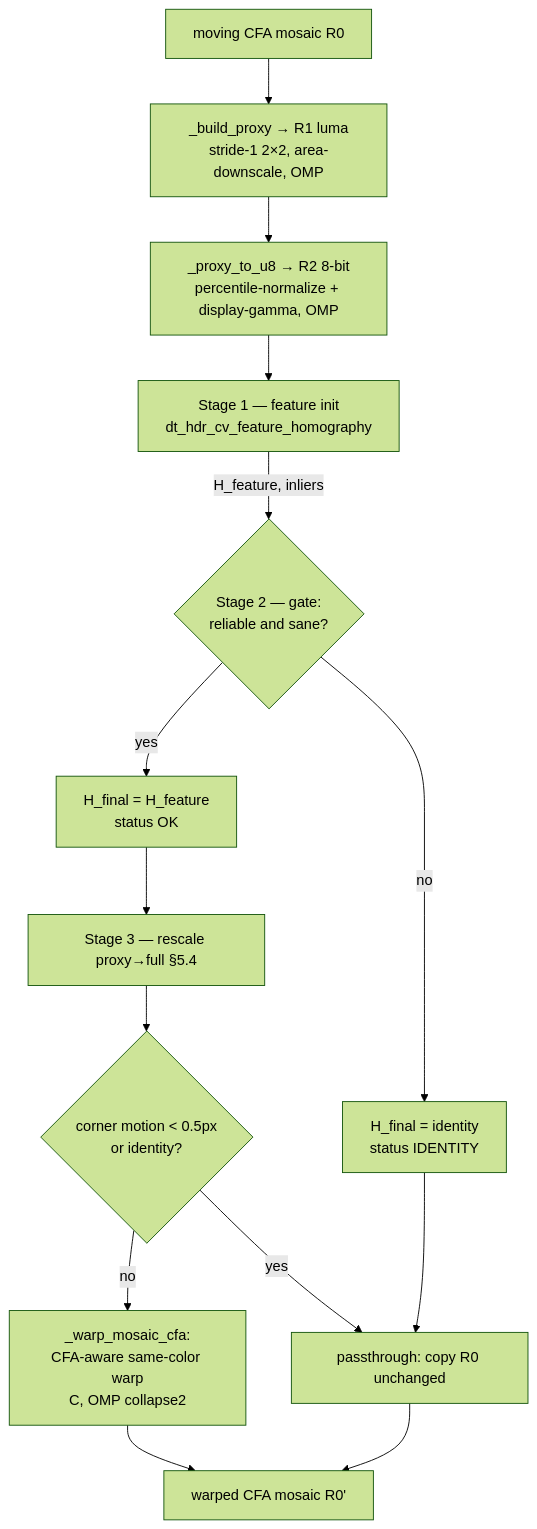
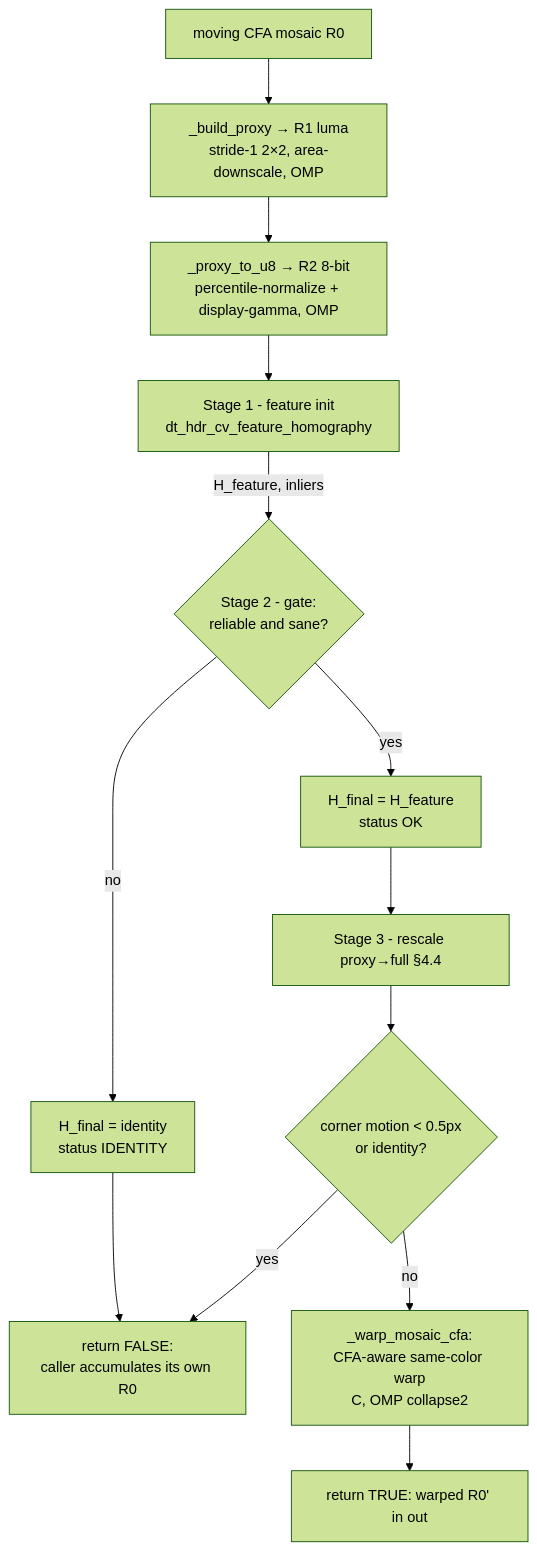
One commit to darktable-org/darktable changed the third of 6 diagrams in dev-doc/HDR_Alignment_Design.md. Above: the diagram before and after it, drawn with Mermaid (forest theme). The commit also changed other lines of this file and 5 other files, not shown here.

````diff
--- a/dev-doc/HDR_Alignment_Design.md
+++ b/dev-doc/HDR_Alignment_Design.md
@@ -209,16 +214,15 @@
 ```mermaid
 flowchart TD
     A[moving CFA mosaic R0] --> B[_build_proxy → R1 luma<br/>stride-1 2×2, area-downscale, OMP]
     B --> C[_proxy_to_u8 → R2 8-bit<br/>percentile-normalize + display-gamma, OMP]
-    C --> D[Stage 1 — feature init<br/>dt_hdr_cv_feature_homography]
-    D -- H_feature, inliers --> F{Stage 2 — gate:<br/>reliable and sane?}
+    C --> D[Stage 1 - feature init<br/>dt_hdr_cv_feature_homography]
+    D -- H_feature, inliers --> F{Stage 2 - gate:<br/>reliable and sane?}
     F -- yes --> H[H_final = H_feature<br/>status OK]
     F -- no --> J[H_final = identity<br/>status IDENTITY]
-    H --> K[Stage 3 — rescale proxy→full §5.4]
+    H --> K[Stage 3 - rescale proxy→full §4.4]
     K --> L{corner motion < 0.5px<br/>or identity?}
-    L -- yes --> M[passthrough: copy R0 unchanged]
+    L -- yes --> M[return FALSE:<br/>caller accumulates its own R0]
     L -- no --> N[_warp_mosaic_cfa:<br/>CFA-aware same-color warp<br/>C, OMP collapse2]
     J --> M
-    N --> O[warped CFA mosaic R0']
-    M --> O
+    N --> O[return TRUE: warped R0' in out]
 ```
````
